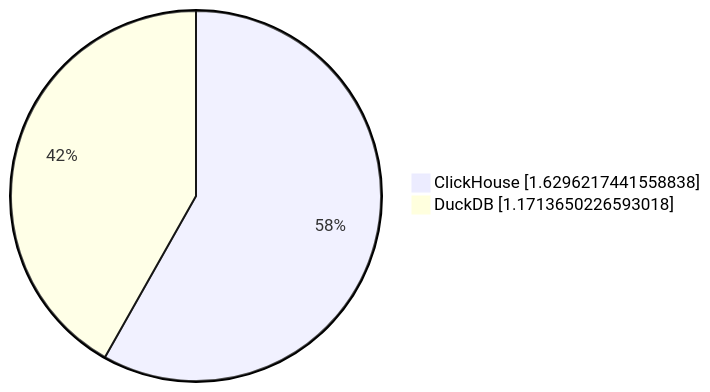
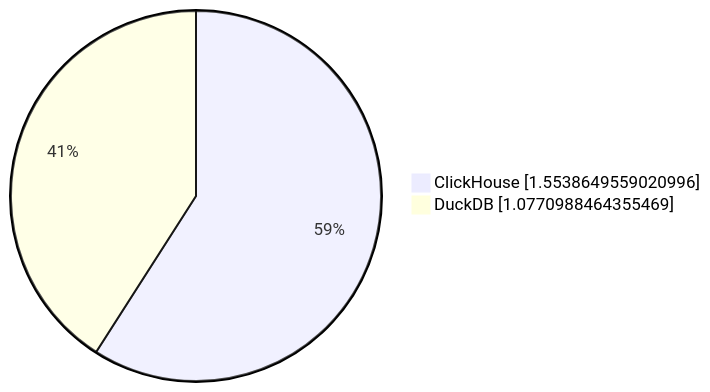
Before and after one commit to Altinity/clickhouse-regression: diagram 15 of 19 in parquet/performance/results/hits/23.11.1.2711-alpine/README.md, drawn with Mermaid. The commit also changed other lines of this file and 8 other files, not shown here.

````diff
--- a/parquet/performance/results/hits/23.11.1.2711-alpine/README.md
+++ b/parquet/performance/results/hits/23.11.1.2711-alpine/README.md
@@ -150,5 +150,5 @@
 ```mermaid
      pie showData
-         "ClickHouse" : 1.6296217441558838
-         "DuckDB" : 1.1713650226593018
+         "ClickHouse" : 1.5538649559020996
+         "DuckDB" : 1.0770988464355469
 ```
````
